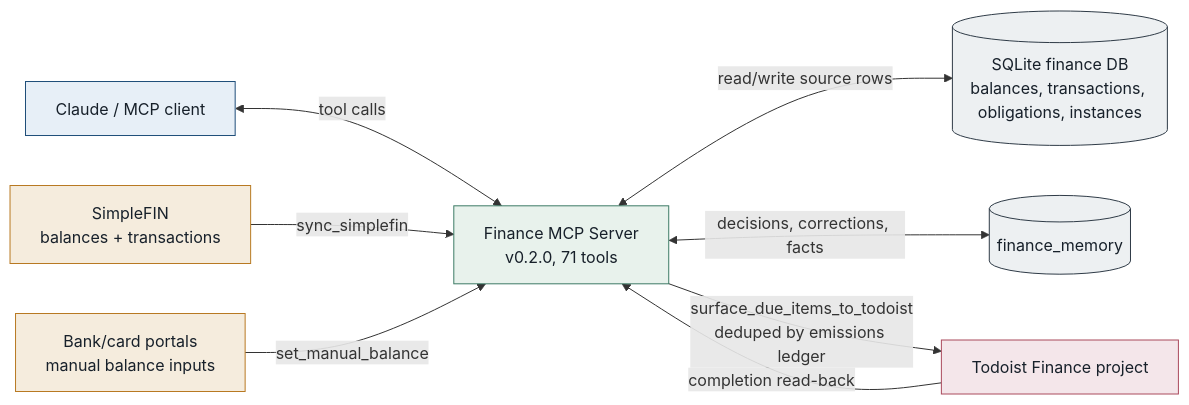
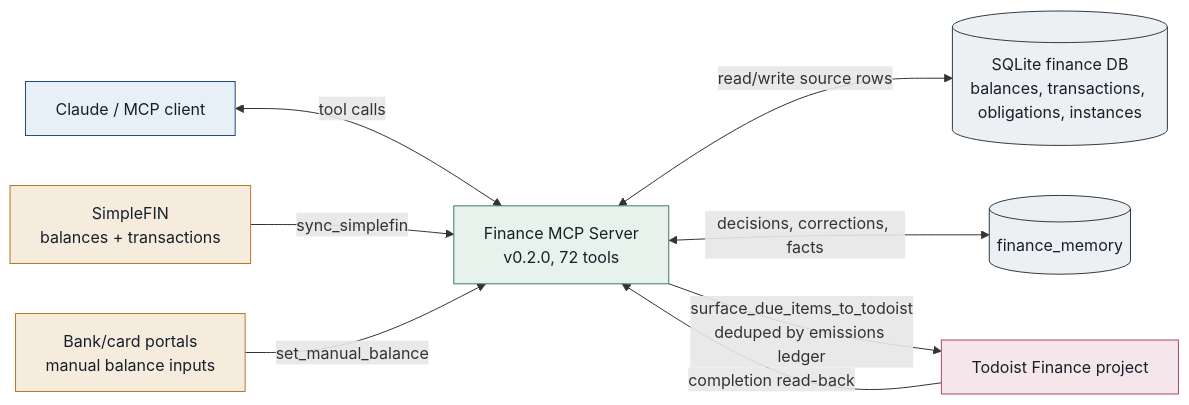
The first of 2 diagrams in README.md (albeorla/personal-finance-agent), drawn with Mermaid before and after one commit. The commit also changed other lines of this file and 11 other files, not shown here.

````diff
--- a/README.md
+++ b/README.md
@@ -13,24 +13,24 @@
 ```mermaid
 flowchart LR
-    Claude["Claude / MCP client"] <-->|"tool calls"| Server["Finance MCP Server<br/>v0.2.0, 71 tools"]
+    Claude["Claude / MCP client"] <-->|"tool calls"| Server["Finance MCP Server<br/>v0.2.0, 72 tools"]
 
     SimpleFIN["SimpleFIN<br/>balances + transactions"] -->|"sync_simplefin"| Server
     Portals["Bank/card portals<br/>manual balance inputs"] -->|"set_manual_balance"| Server
 
     Server <-->|"read/write source rows"| SQLite[("SQLite finance DB<br/>balances, transactions, obligations, instances")]
     Server <-->|"decisions, corrections, facts"| Memory[("finance_memory")]
 
     Server -->|"surface_due_items_to_todoist<br/>deduped by emissions ledger"| Todoist["Todoist Finance project"]
     Todoist -->|"completion read-back"| Server
 
     classDef client fill:#e7eff7,stroke:#1f4e79,color:#17202a
     classDef server fill:#e8f2ec,stroke:#3d7b65,color:#17202a
     classDef source fill:#f5ecdd,stroke:#b87922,color:#17202a
     classDef output fill:#f4e6ea,stroke:#aa4a5d,color:#17202a
     classDef store fill:#edf0f2,stroke:#2f3b47,color:#17202a
     class Claude client
     class Server server
     class SimpleFIN,Portals source
     class Todoist output
     class SQLite,Memory store
 ```
````
